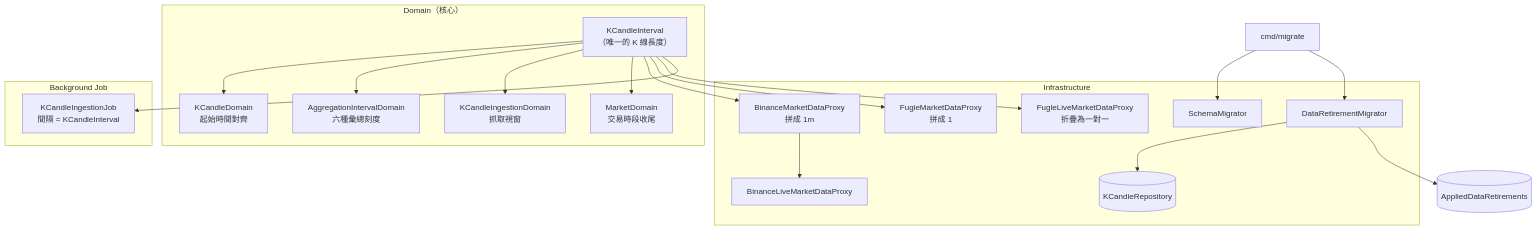
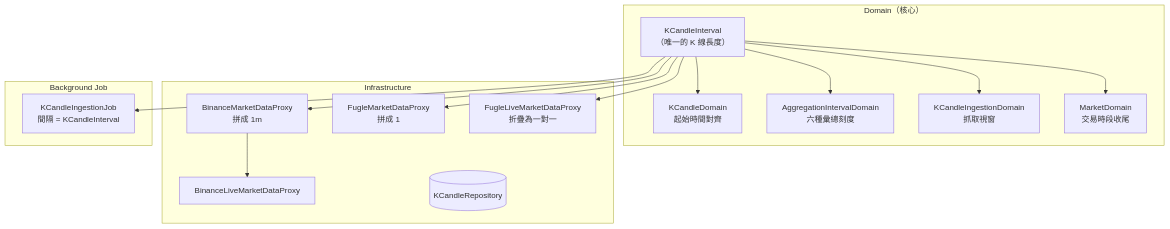
Before and after one commit to CodeMachine0121/go-trading: the diagram in .sdd/2026-09-08-one-minute-k-candle/ARCH.md, drawn with Mermaid. The commit also changed other lines of this file and 5 other files, not shown here.

````diff
--- a/.sdd/2026-09-08-one-minute-k-candle/ARCH.md
+++ b/.sdd/2026-09-08-one-minute-k-candle/ARCH.md
@@ -86,39 +73,32 @@
 ```mermaid
 flowchart TD
     subgraph Domain["Domain（核心）"]
         KCI["KCandleInterval<br/>（唯一的 K 線長度）"]
         KCD["KCandleDomain<br/>起始時間對齊"]
         AID["AggregationIntervalDomain<br/>六種彙總刻度"]
         KID["KCandleIngestionDomain<br/>抓取視窗"]
         MD["MarketDomain<br/>交易時段收尾"]
     end
 
     subgraph Infra["Infrastructure"]
         BP["BinanceMarketDataProxy<br/>拼成 1m"]
         BLP["BinanceLiveMarketDataProxy"]
         FP["FugleMarketDataProxy<br/>拼成 1"]
         FLP["FugleLiveMarketDataProxy<br/>折疊為一對一"]
         KR[("KCandleRepository")]
-        DRM["DataRetirementMigrator"]
-        SM["SchemaMigrator"]
     end
 
     subgraph Job["Background Job"]
         KIJ["KCandleIngestionJob<br/>間隔 = KCandleInterval"]
     end
-
-    Migrate["cmd/migrate"] --> SM
-    Migrate --> DRM
-    DRM --> KR
-    DRM --> ADR[("AppliedDataRetirements")]
 
     KCI --> KCD
     KCI --> AID
     KCI --> KID
     KCI --> MD
     KCI --> BP
     KCI --> FP
     KCI --> FLP
     KCI --> KIJ
     BP --> BLP
 ```
````
